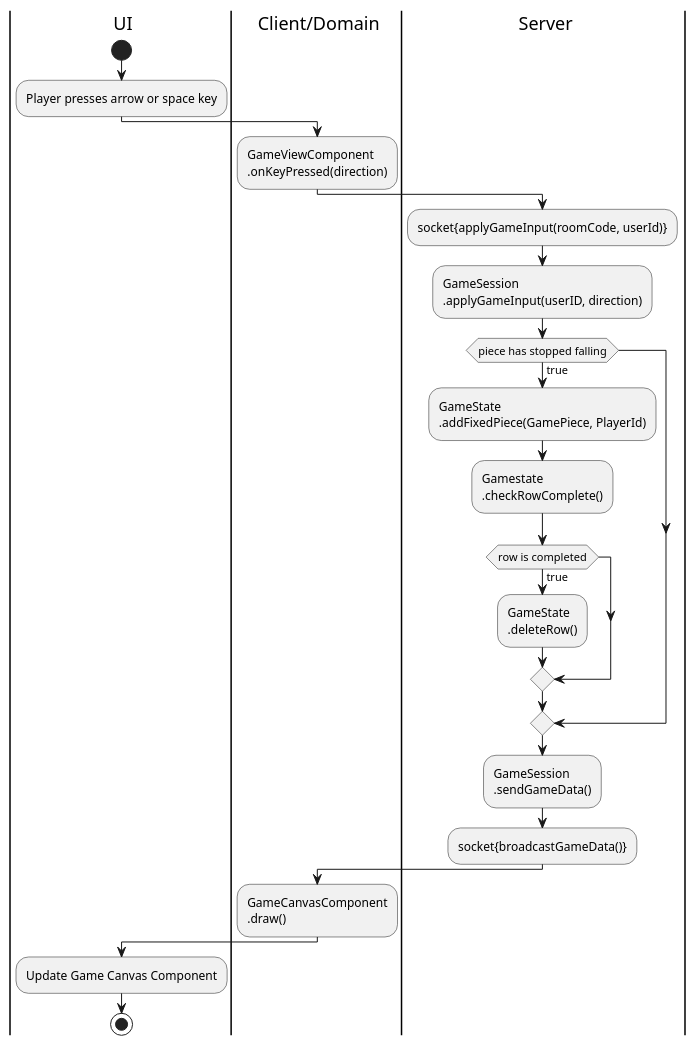
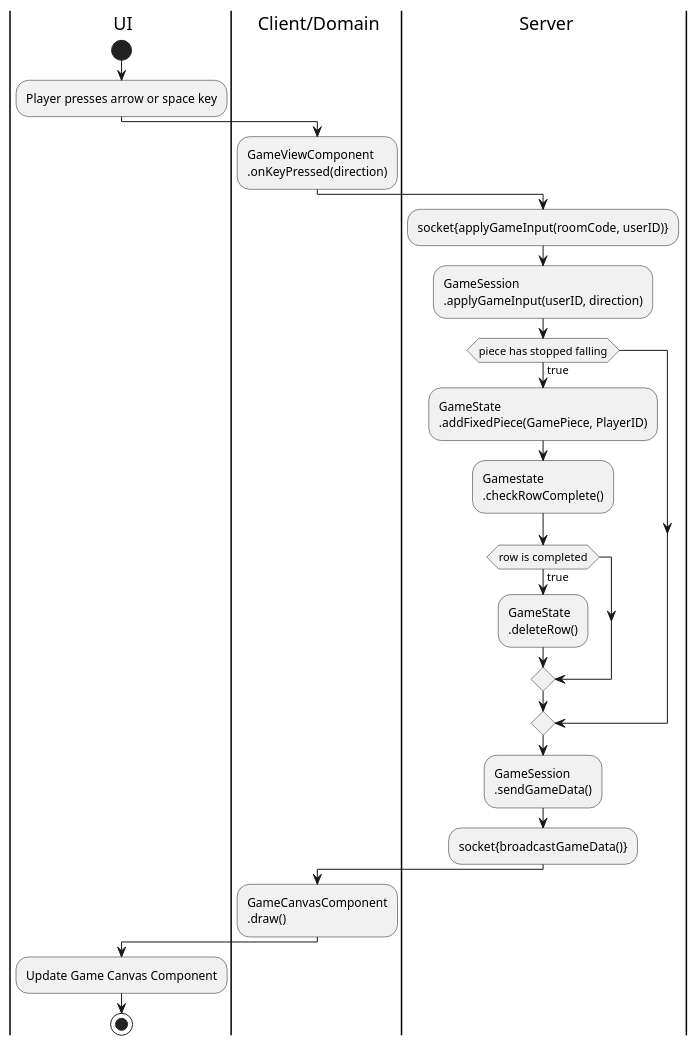
Before and after one commit to ducklin5/TTetris: the diagram in docs/ActivityDiagramGameKeyInput.puml, drawn with PlantUML. The commit also changed 38 other files, not shown here.

Commit message:
feat: compile preliminary design diagrams to pdf

```diff
--- a/docs/ActivityDiagramGameKeyInput.puml
+++ b/docs/ActivityDiagramGameKeyInput.puml
@@ -1,42 +1,42 @@
-@startuml JoinRoom
+@startuml ActivityDiagramGameKeyInput
 skinparam linetype ortho
 
 |ui| UI
 |cd| Client/Domain
 |sd| Server
 
 |ui|
 start
 
 |ui|
 :Player presses arrow or space key;
 |cd|
 :GameViewComponent 
 .onKeyPressed(direction);
 
 |sd|
-:socket{applyGameInput(roomCode, userId)};
+:socket{applyGameInput(roomCode, userID)};
 :GameSession
 .applyGameInput(userID, direction);
 if (piece has stopped falling) is (true) then
 :GameState
-.addFixedPiece(GamePiece, PlayerId);
+.addFixedPiece(GamePiece, PlayerID);
 :Gamestate
 .checkRowComplete();
     if (row is completed) is (true) then
     :GameState
     .deleteRow();
     endif
 endif
 :GameSession
 .sendGameData();
 :socket{broadcastGameData()};
 |cd|
 :GameCanvasComponent
 .draw();
 
 |ui|
 :Update Game Canvas Component;
 stop
 
 @enduml
```
